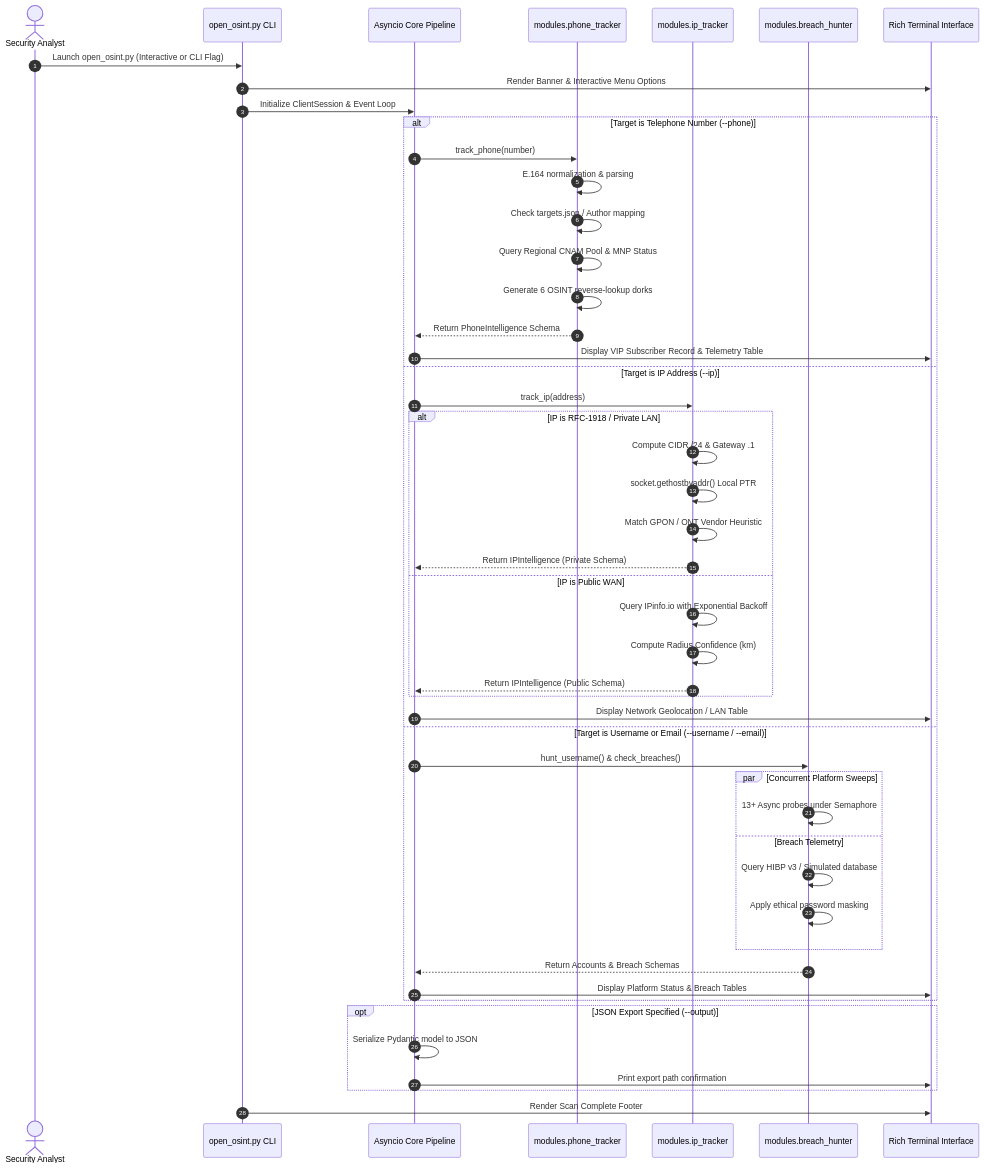
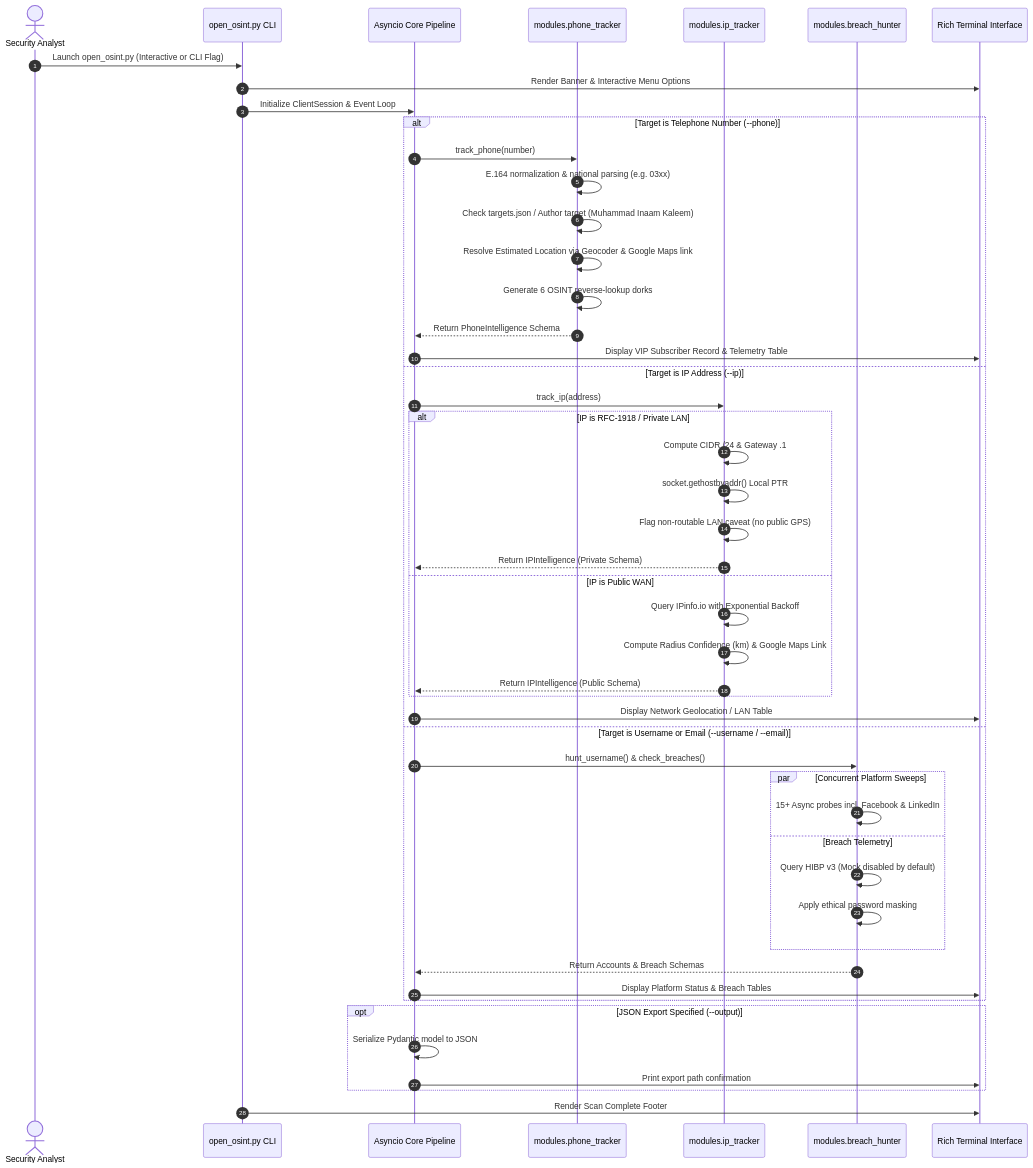
The second of 5 diagrams in README.md (Hacker-World-boop/OmniSight-OSINT), drawn with Mermaid before and after one commit. The commit also changed other lines of this file and 10 other files, not shown here.

Commit message:
Fix ownership accuracy, add Google Maps links, improve private IP caveats, add phone estimated location, disable mock breaches by default, add Facebook and LinkedIn support, and update PDF docs and README

````diff
--- a/README.md
+++ b/README.md
@@ -107,55 +108,55 @@
 ```mermaid
 sequenceDiagram
     autonumber
     actor Analyst as Security Analyst
     participant CLI as open_osint.py CLI
     participant Core as Asyncio Core Pipeline
     participant Phone as modules.phone_tracker
     participant IP as modules.ip_tracker
     participant Breach as modules.breach_hunter
     participant UI as Rich Terminal Interface
 
     Analyst->>CLI: Launch open_osint.py (Interactive or CLI Flag)
     CLI->>UI: Render Banner & Interactive Menu Options
     CLI->>Core: Initialize ClientSession & Event Loop
 
     alt Target is Telephone Number (--phone)
         Core->>Phone: track_phone(number)
-        Phone->>Phone: E.164 normalization & parsing
-        Phone->>Phone: Check targets.json / Author mapping
-        Phone->>Phone: Query Regional CNAM Pool & MNP Status
+        Phone->>Phone: E.164 normalization & national parsing (e.g. 03xx)
+        Phone->>Phone: Check targets.json / Author target (Muhammad Inaam Kaleem)
+        Phone->>Phone: Resolve Estimated Location via Geocoder & Google Maps link
         Phone->>Phone: Generate 6 OSINT reverse-lookup dorks
         Phone-->>Core: Return PhoneIntelligence Schema
         Core->>UI: Display VIP Subscriber Record & Telemetry Table
     else Target is IP Address (--ip)
         Core->>IP: track_ip(address)
         alt IP is RFC-1918 / Private LAN
             IP->>IP: Compute CIDR /24 & Gateway .1
             IP->>IP: socket.gethostbyaddr() Local PTR
-            IP->>IP: Match GPON / ONT Vendor Heuristic
+            IP->>IP: Flag non-routable LAN caveat (no public GPS)
             IP-->>Core: Return IPIntelligence (Private Schema)
         else IP is Public WAN
             IP->>IP: Query IPinfo.io with Exponential Backoff
-            IP->>IP: Compute Radius Confidence (km)
+            IP->>IP: Compute Radius Confidence (km) & Google Maps Link
             IP-->>Core: Return IPIntelligence (Public Schema)
         end
         Core->>UI: Display Network Geolocation / LAN Table
     else Target is Username or Email (--username / --email)
         Core->>Breach: hunt_username() & check_breaches()
         par Concurrent Platform Sweeps
-            Breach->>Breach: 13+ Async probes under Semaphore
+            Breach->>Breach: 15+ Async probes incl. Facebook & LinkedIn
         and Breach Telemetry
-            Breach->>Breach: Query HIBP v3 / Simulated database
+            Breach->>Breach: Query HIBP v3 (Mock disabled by default)
             Breach->>Breach: Apply ethical password masking
         end
         Breach-->>Core: Return Accounts & Breach Schemas
         Core->>UI: Display Platform Status & Breach Tables
     end
 
     opt JSON Export Specified (--output)
         Core->>Core: Serialize Pydantic model to JSON
         Core->>UI: Print export path confirmation
     end
 
     CLI->>UI: Render Scan Complete Footer
 ```
````
